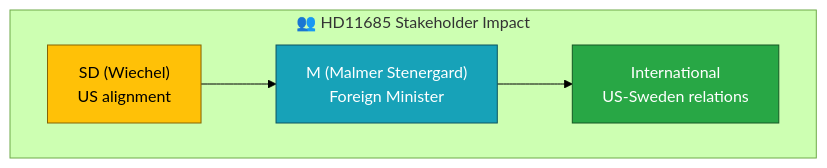
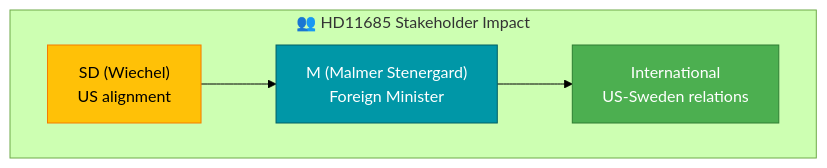
Before and after one commit to Hack23/riksdagsmonitor: the diagram in analysis/daily/2026-04-07/realtime-1411/documents/hd11685-analysis.md, drawn with Mermaid (forest theme). The commit also changed 785 other files, not shown here.

First line of the commit message:
Normalize mermaid colors across 786 analysis artifacts to ISMS Style Guide palette

````diff
--- a/analysis/daily/2026-04-07/realtime-1411/documents/hd11685-analysis.md
+++ b/analysis/daily/2026-04-07/realtime-1411/documents/hd11685-analysis.md
@@ -33,13 +33,13 @@
 ```mermaid
 graph TD
     subgraph "👥 HD11685 Stakeholder Impact"
         SD_W2["SD (Wiechel)<br>US alignment"]
         M_FM["M (Malmer Stenergard)<br>Foreign Minister"]
         INTL_R["International<br>US-Sweden relations"]
     end
     SD_W2 --> M_FM
     M_FM --> INTL_R
-    style SD_W2 fill:#ffc107,stroke:#856404,color:#000
-    style M_FM fill:#17a2b8,stroke:#0c5460,color:#fff
-    style INTL_R fill:#28a745,stroke:#155724,color:#fff
+    style SD_W2 fill:#FFC107,stroke:#F57C00,color:#000000
+    style M_FM fill:#0097A7,stroke:#006064,color:#FFFFFF
+    style INTL_R fill:#4CAF50,stroke:#2E7D32,color:#FFFFFF
 ```
````
